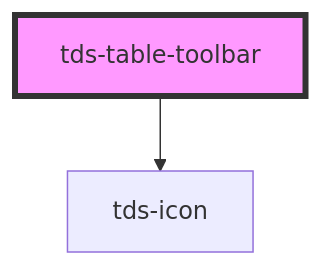
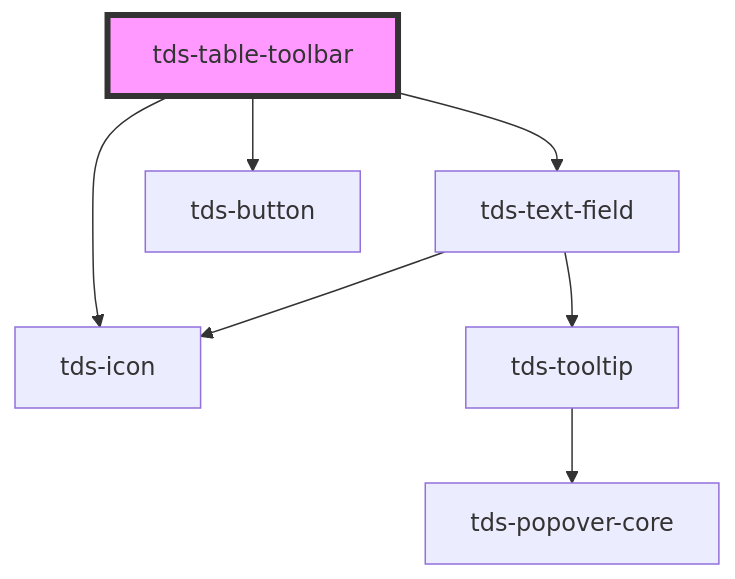
One commit to scania-digital-design-system/tegel changed the diagram in packages/core/src/components/table/table-toolbar/readme.md. Above: the diagram before and after it, drawn with Mermaid. The commit also changed other lines of this file and 20 other files, not shown here.

Commit message:
feat(tds-table): use new variables imported from Figma

````diff
--- a/packages/core/src/components/table/table-toolbar/readme.md
+++ b/packages/core/src/components/table/table-toolbar/readme.md
@@ -39,5 +41,10 @@
 ```mermaid
 graph TD;
+  tds-table-toolbar --> tds-text-field
   tds-table-toolbar --> tds-icon
+  tds-table-toolbar --> tds-button
+  tds-text-field --> tds-tooltip
+  tds-text-field --> tds-icon
+  tds-tooltip --> tds-popover-core
   style tds-table-toolbar fill:#f9f,stroke:#333,stroke-width:4px
 ```
````
